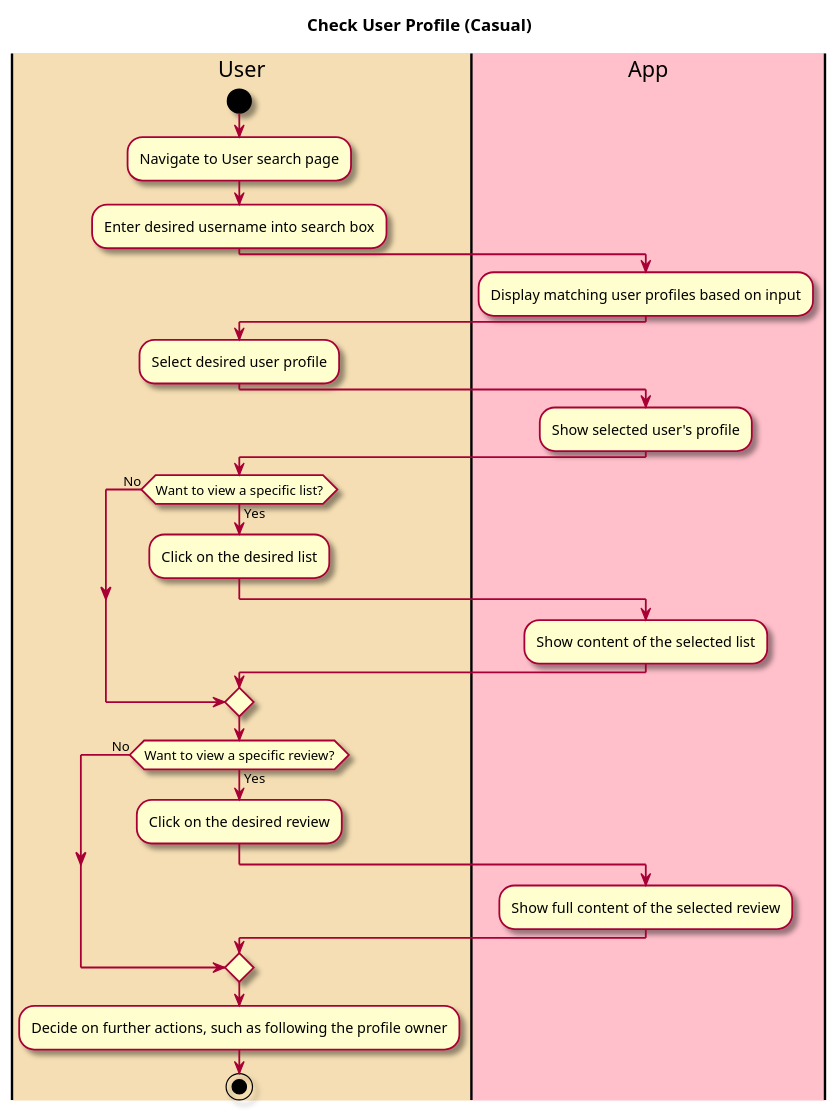
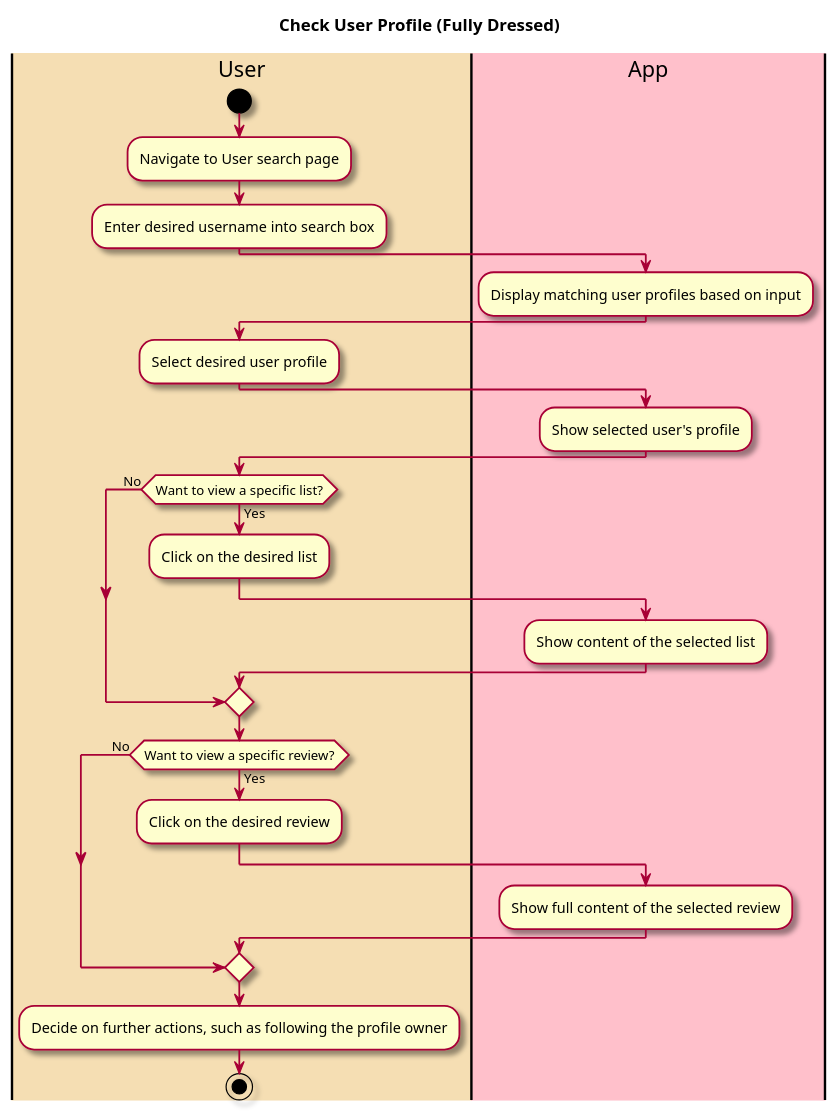
The diagram in intellij/doc/use_cases/check-user.md (tanwasp/LunchBox-Android), drawn with PlantUML before and after one commit. The commit also changed 1 other file, not shown here.

Commit message:
Retrieve changes

````diff
--- a/intellij/doc/use_cases/check-user.md
+++ b/intellij/doc/use_cases/check-user.md
@@ -24,47 +24,47 @@
 ```plantuml
 @startuml
 
 skin rose
 
-title Check User Profile (Casual)
+title Check User Profile (Fully Dressed)
 
 |#wheat|User|
 |#pink|App|
 
 |User|
 start
 :Navigate to User search page;
 :Enter desired username into search box;
 
 |App|
 :Display matching user profiles based on input;
 
 |User|
 :Select desired user profile;
 
 |App|
 :Show selected user's profile;
 
 |User|
 if (Want to view a specific list?) is (Yes) then
 :Click on the desired list;
 |App|
 :Show content of the selected list;
 else (No)
 endif
 
 |User|
 if (Want to view a specific review?) is (Yes) then
   :Click on the desired review;
   |App|
   :Show full content of the selected review;
 else (No)
 endif
 
 |User|
 :Decide on further actions, such as following the profile owner;
 
 stop
 
 @enduml
 ```
````
